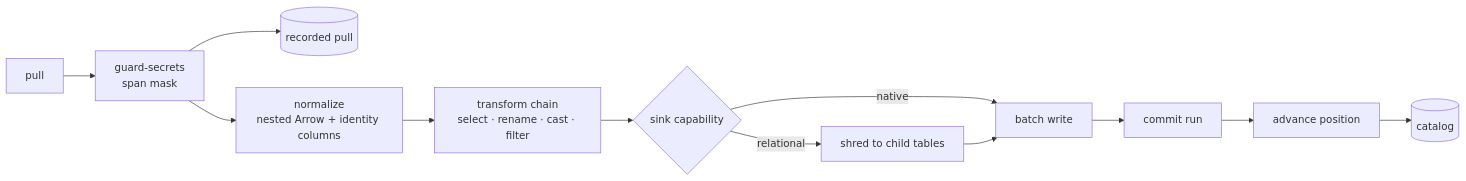
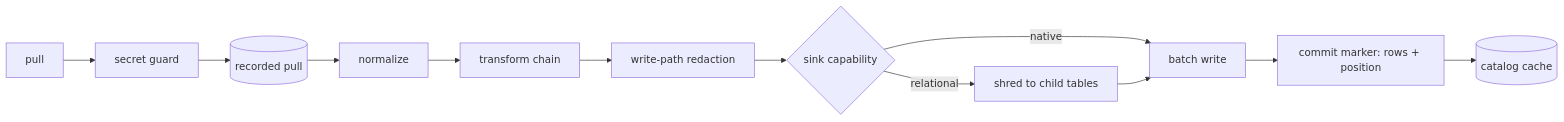
Before and after one commit to fractalboxdev/contextful: the second of 4 diagrams in spec/31-pipeline.md, drawn with Mermaid. The commit also changed other lines of this file and 471 other files, not shown here.

````diff
--- a/spec/31-pipeline.md
+++ b/spec/31-pipeline.md
@@ -340,13 +138,13 @@
 ```mermaid
 flowchart LR
-  P[pull] --> G[guard-secrets<br/>span mask]
+  P[pull] --> G[secret guard]
   G --> J[(recorded pull)]
-  G --> N[normalize<br/>nested Arrow + identity columns]
-  N --> T[transform chain<br/>select · rename · cast · filter]
-  T --> S{sink capability}
+  J --> N[normalize]
+  N --> T[transform chain]
+  T --> R[write-path redaction]
+  R --> S{sink capability}
   S -->|native| W[batch write]
   S -->|relational| X[shred to child tables] --> W
-  W --> C[commit run]
-  C --> A[advance position]
-  A --> K[(catalog)]
+  W --> C[commit marker: rows + position]
+  C --> K[(catalog cache)]
 ```
````
